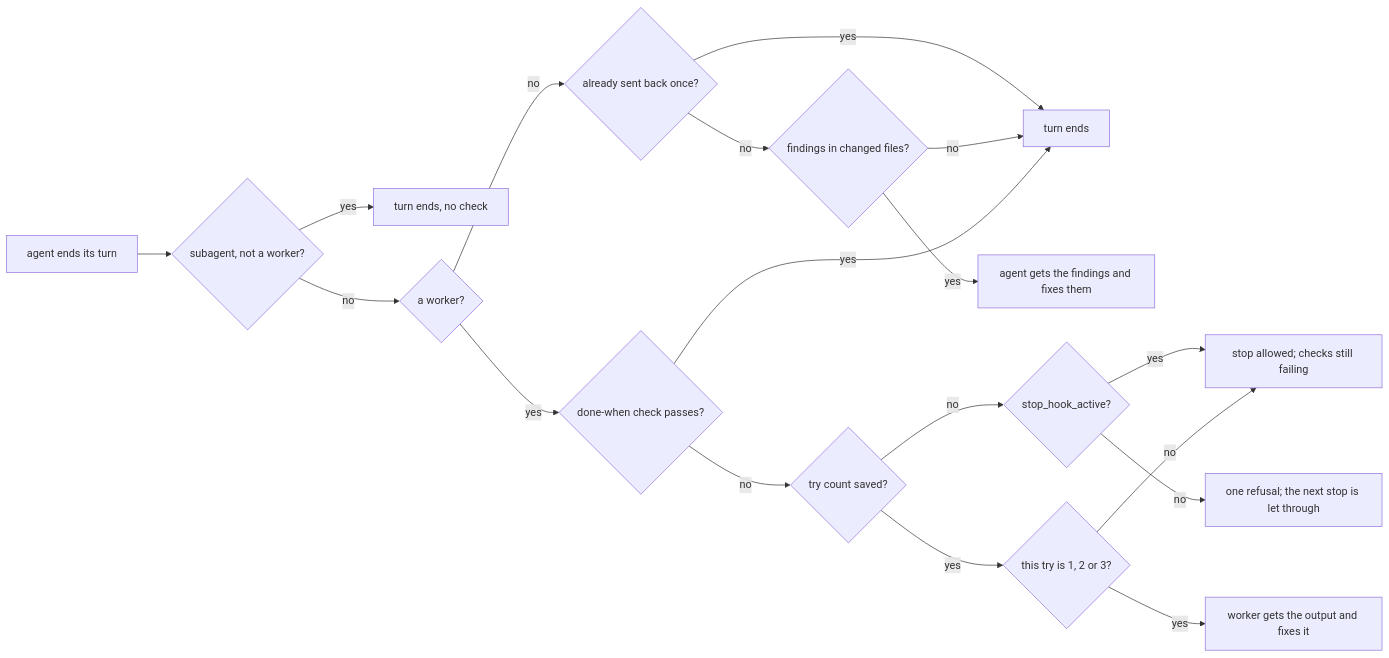
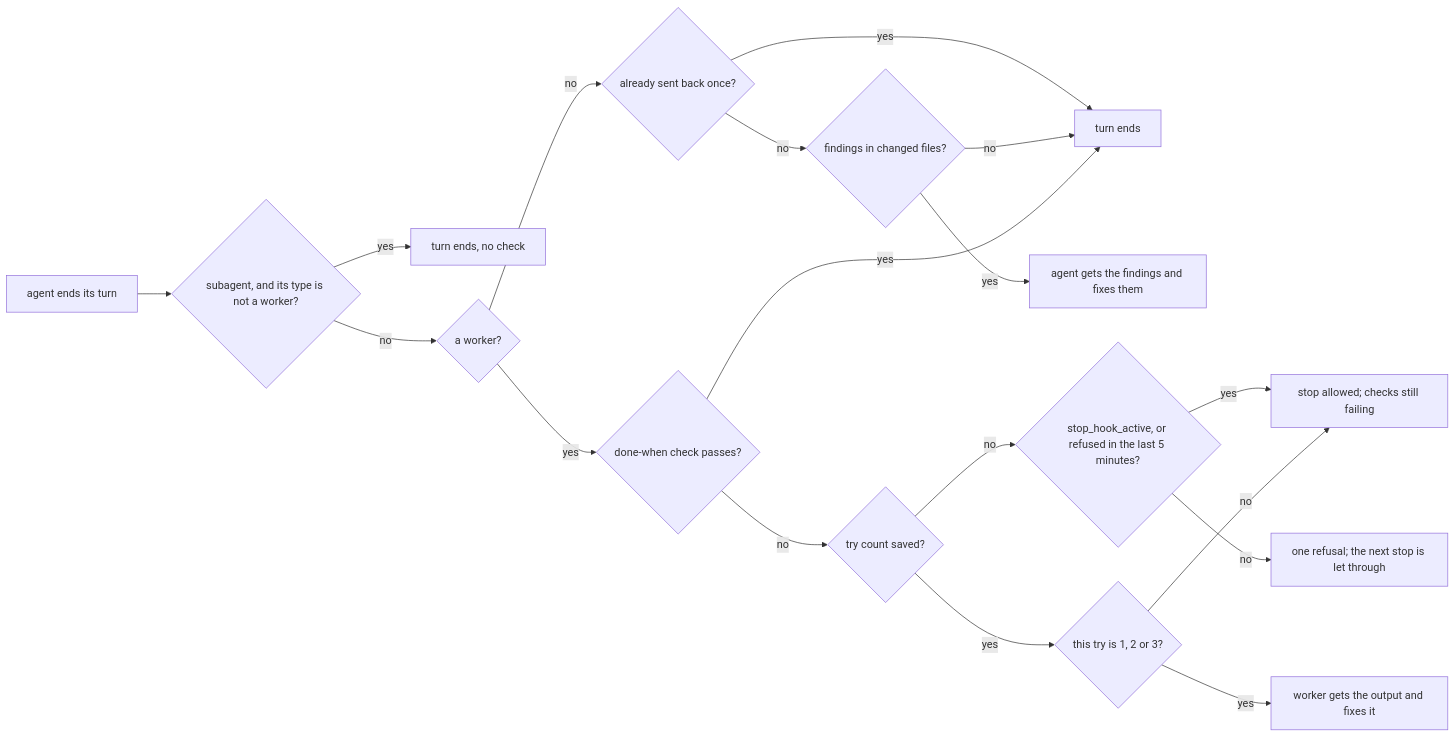
Before and after one commit to coo1white/yokoten: the second of 3 diagrams in docs/guide.md, drawn with Mermaid. The commit also changed other lines of this file and 12 other files, not shown here.

````diff
--- a/docs/guide.md
+++ b/docs/guide.md
@@ -950,20 +952,20 @@
 ```mermaid
 flowchart LR
-  S["agent ends its turn"] --> U{"subagent, not a worker?"}
+  S["agent ends its turn"] --> U{"subagent, and its type is not a worker?"}
   U -- yes --> N["turn ends, no check"]
   U -- no --> W{"a worker?"}
   W -- no --> A{"already sent back once?"}
   A -- yes --> E["turn ends"]
   A -- no --> C{"findings in changed files?"}
   C -- no --> E
   C -- yes --> B["agent gets the findings and fixes them"]
   W -- yes --> D{"done-when check passes?"}
   D -- yes --> E
   D -- no --> K{"try count saved?"}
-  K -- no --> H{"stop_hook_active?"}
+  K -- no --> H{"stop_hook_active, or refused in the last 5 minutes?"}
   H -- yes --> X["stop allowed; checks still failing"]
   H -- no --> F["one refusal; the next stop is let through"]
   K -- yes --> T{"this try is 1, 2 or 3?"}
   T -- yes --> F2["worker gets the output and fixes it"]
   T -- no --> X
 ```
````
